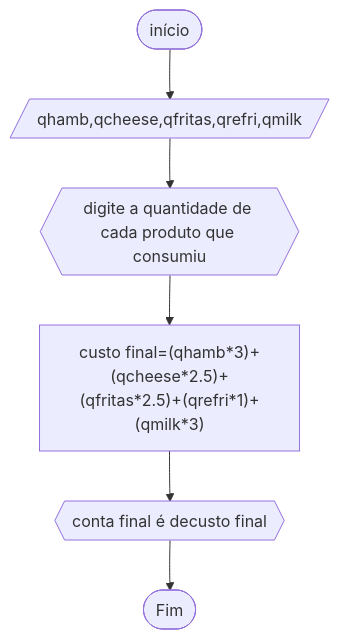
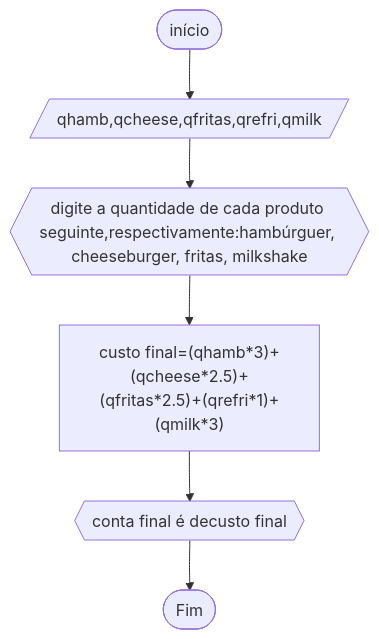
Before and after one commit to yeesusu/UNIFOR: the diagram in RLA/RLA2/lista_exercício2.6.md, drawn with Mermaid. The commit also changed other lines of this file, not shown here.

````diff
--- a/RLA/RLA2/lista_exercício2.6.md
+++ b/RLA/RLA2/lista_exercício2.6.md
@@ -4,8 +4,8 @@
 ```mermaid
 flowchart TD
 A([início])-->B[/qhamb,qcheese,qfritas,qrefri,qmilk/]
-B-->C{{"digite a quantidade de cada produto que consumiu"}}
+B-->C{{"digite a quantidade de cada produto seguinte,respectivamente:hambúrguer, cheeseburger, fritas, milkshake"}}
 C-->D["custo final=(qhamb*3)+(qcheese*2.5)+(qfritas*2.5)+(qrefri*1)+(qmilk*3)"]
 D-->E{{"conta final é de"custo final}}
 E-->Z([Fim])
 ```
````
